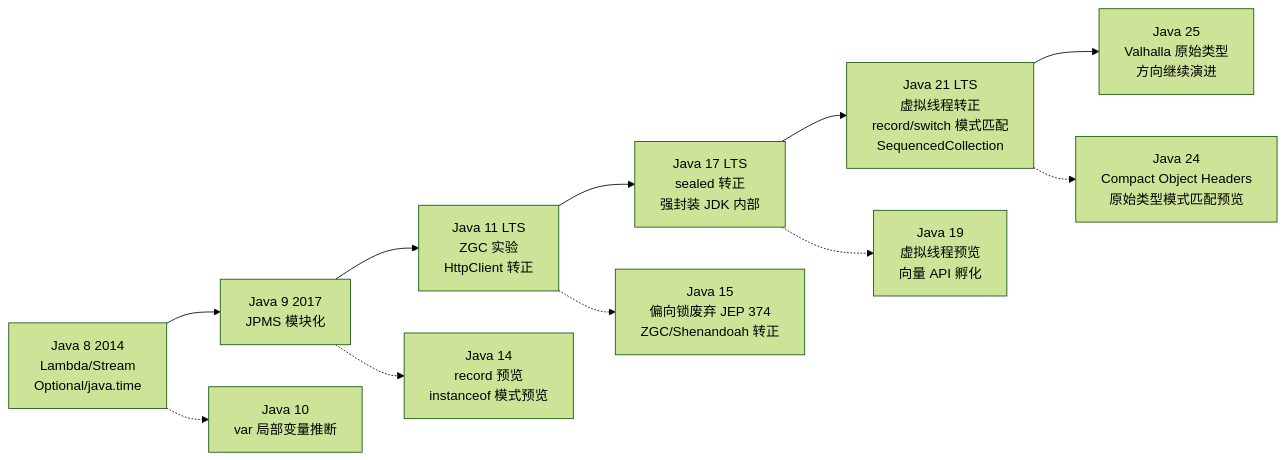
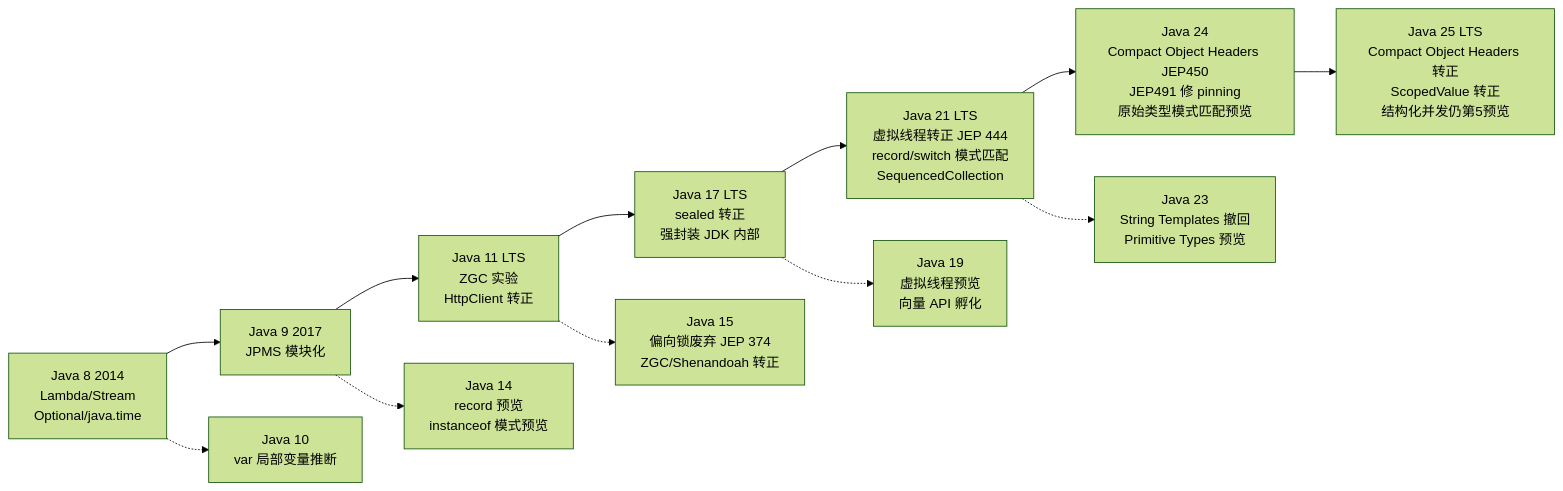
The third of 3 diagrams in 01-java-core.md (regding/java-interview-prep), drawn with Mermaid (forest theme) before and after one commit. The commit also changed other lines of this file and 12 other files, not shown here.

````diff
--- a/01-java-core.md
+++ b/01-java-core.md
@@ -458,13 +461,14 @@
 ```mermaid
 flowchart LR
     J8[Java 8 2014<br/>Lambda/Stream<br/>Optional/java.time] --> J9["Java 9 2017<br/>JPMS 模块化"]
     J9 --> J11["Java 11 LTS<br/>ZGC 实验<br/>HttpClient 转正"]
     J11 --> J17["Java 17 LTS<br/>sealed 转正<br/>强封装 JDK 内部"]
-    J17 --> J21["Java 21 LTS<br/>虚拟线程转正<br/>record/switch 模式匹配<br/>SequencedCollection"]
-    J21 --> J25["Java 25<br/>Valhalla 原始类型<br/>方向继续演进"]
+    J17 --> J21["Java 21 LTS<br/>虚拟线程转正 JEP 444<br/>record/switch 模式匹配<br/>SequencedCollection"]
+    J21 --> J24["Java 24<br/>Compact Object Headers JEP450<br/>JEP491 修 pinning<br/>原始类型模式匹配预览"]
+    J24 --> J25["Java 25 LTS<br/>Compact Object Headers 转正<br/>ScopedValue 转正<br/>结构化并发仍第5预览"]
     J8 -.-> J10["Java 10<br/>var 局部变量推断"]
     J9 -.-> J14["Java 14<br/>record 预览<br/>instanceof 模式预览"]
     J11 -.-> J15["Java 15<br/>偏向锁废弃 JEP 374<br/>ZGC/Shenandoah 转正"]
     J17 -.-> J19["Java 19<br/>虚拟线程预览<br/>向量 API 孵化"]
-    J21 -.-> J24["Java 24<br/>Compact Object Headers<br/>原始类型模式匹配预览"]
+    J21 -.-> J23["Java 23<br/>String Templates 撤回<br/>Primitive Types 预览"]
 ```
````
